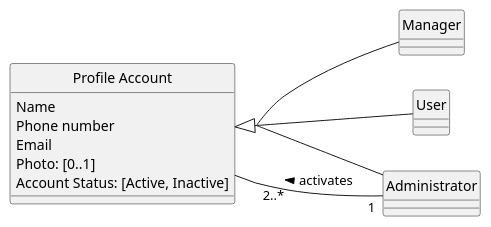
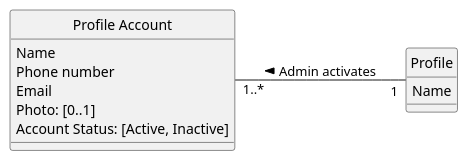
Before and after one commit to ivo-menezes/project_g3: the diagram in docs/modelling_design/user_stories/us006/US006_ActivateUserAccountDMD.puml, drawn with PlantUML. The commit also changed 4 other files, not shown here.

```diff
--- a/docs/modelling_design/user_stories/us006/US006_ActivateUserAccountDMD.puml
+++ b/docs/modelling_design/user_stories/us006/US006_ActivateUserAccountDMD.puml
@@ -1,21 +1,20 @@
 @startuml
 skinparam style strictuml
 left to right direction
 skinparam groupInheritance 3
 
- class "Profile Account" as Profile {
+ class "Profile Account" {
    Name
    Phone number
    Email
    Photo: [0..1]
    'the [0..1] in Photo indicates an optional value, see Craig 2004, p.121
    Account Status: [Active, Inactive]
  }
 
-Profile <|-- Manager
-Profile <|-- User
-Profile <|-- Administrator
+ class Profile {
+ Name
+ }
 
-Administrator "1" -- "2..*" Profile: activates >
-
+"Profile Account" "1..*" -- "1" Profile: Admin activates <
 @enduml
```
